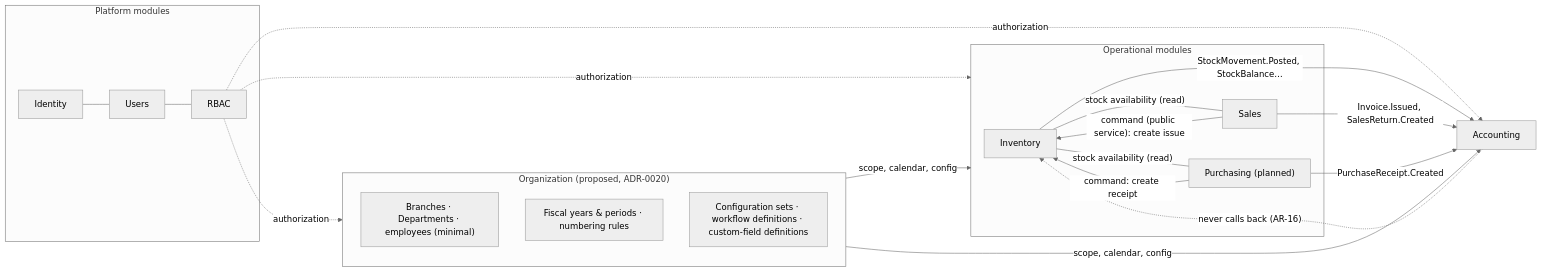
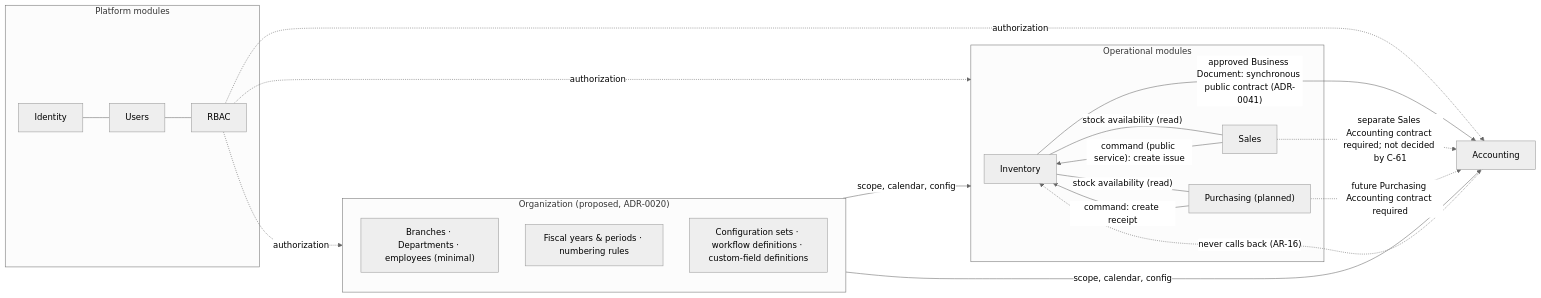
One commit to MR-AliEsmaeili/Vardena changed the second of 3 diagrams in docs/architecture/domain/domain-blueprint.md. Above: the diagram before and after it, drawn with Mermaid (neutral theme). The commit also changed other lines of this file and 31 other files, not shown here.

Commit message:
docs: record approved inventory-accounting decisions (C-61)

````diff
--- a/docs/architecture/domain/domain-blueprint.md
+++ b/docs/architecture/domain/domain-blueprint.md
@@ -124,39 +137,39 @@
 ```mermaid
 flowchart LR
   subgraph Platform["Platform modules"]
     IDN["Identity"]
     USR["Users"]
     RBAC["RBAC"]
   end
 
   subgraph Org["Organization (proposed, ADR-0020)"]
     ORGSTR["Branches · Departments · employees (minimal)"]
     FISCAL["Fiscal years & periods · numbering rules"]
     CFGDEF["Configuration sets · workflow definitions · custom-field definitions"]
   end
 
   subgraph Ops["Operational modules"]
     INV["Inventory"]
     SAL["Sales"]
     PUR["Purchasing (planned)"]
   end
   ACC["Accounting"]
 
   IDN --- USR --- RBAC
   RBAC -.->|authorization| Org
   RBAC -.->|authorization| Ops
   RBAC -.->|authorization| ACC
 
   Org -->|scope, calendar, config| Ops
   Org -->|scope, calendar, config| ACC
 
-  INV -->|"StockMovement.Posted, StockBalance…"| ACC
-  SAL -->|"Invoice.Issued, SalesReturn.Created"| ACC
+  INV -->|"approved Business Document: synchronous public contract (ADR-0041)"| ACC
+  SAL -.->|"separate Sales Accounting contract required; not decided by C-61"| ACC
   SAL -->|"command (public service): create issue"| INV
   PUR -->|"command: create receipt"| INV
-  PUR -->|"PurchaseReceipt.Created"| ACC
+  PUR -.->|"future Purchasing Accounting contract required"| ACC
   INV ---|"stock availability (read)"| SAL
   INV ---|"stock availability (read)"| PUR
 
   ACC -.->|"never calls back (AR-16)"| INV
 ```
````
